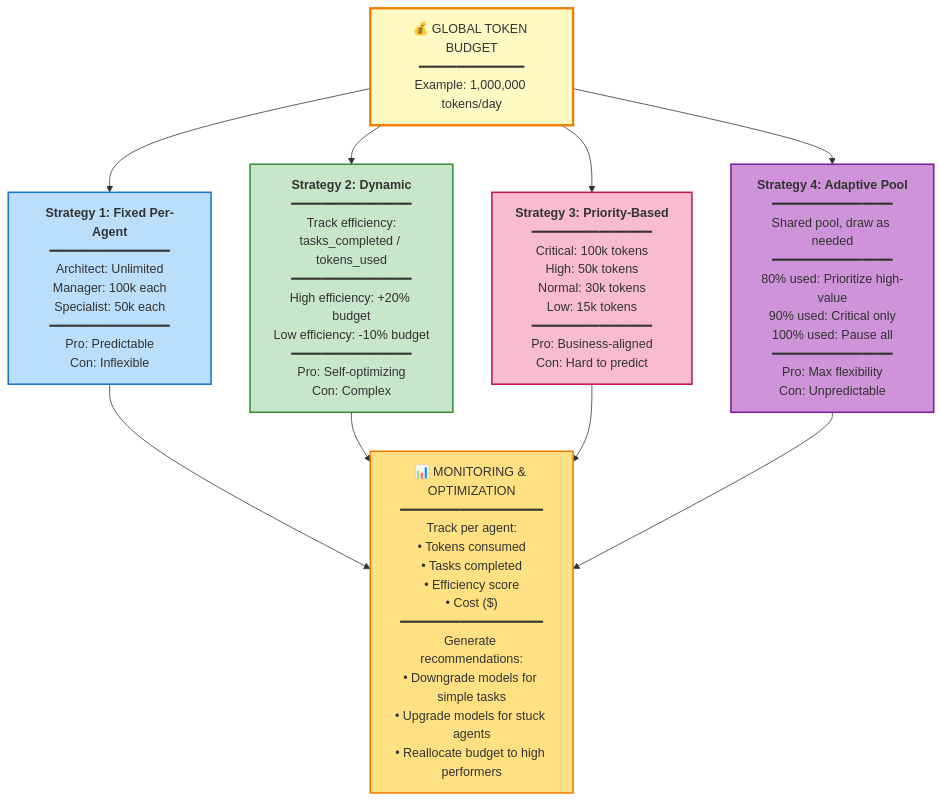
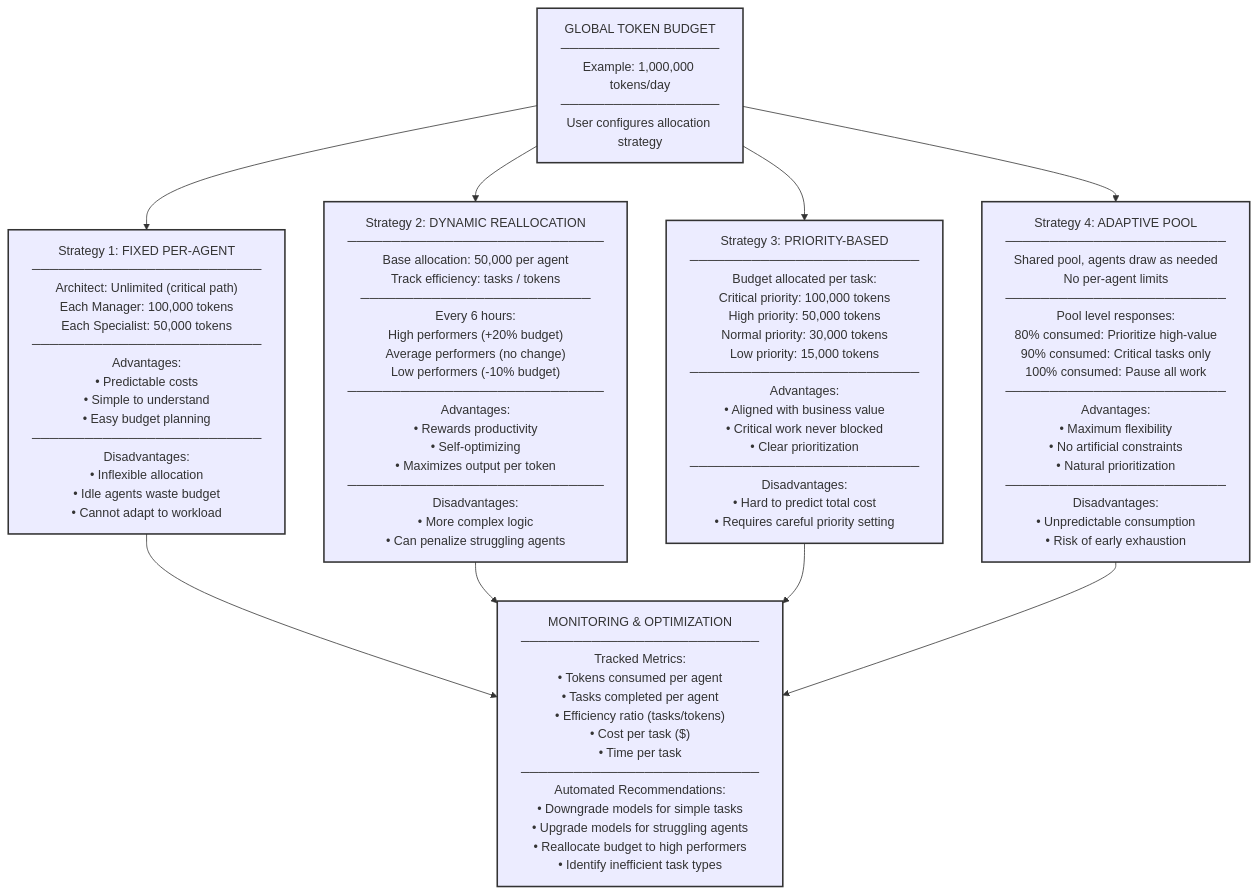
Before and after one commit to MRiARC/ai-coding-harness: the eighth of 10 diagrams in README.md, drawn with Mermaid. The commit also changed other lines of this file, not shown here.

Commit message:
Refactor: Professional B&W diagrams with improved clarity and structure

````diff
--- a/README.md
+++ b/README.md
@@ -353,31 +386,25 @@
 ```mermaid
-graph TD
-    Budget["💰 GLOBAL TOKEN BUDGET<br/>━━━━━━━━━━━━━━<br/>Example: 1,000,000 tokens/day"]
+graph TB
+    Budget["GLOBAL TOKEN BUDGET<br/>──────────────────<br/>Example: 1,000,000 tokens/day<br/>──────────────────<br/>User configures allocation strategy"]
     
-    Strategy1["<b>Strategy 1: Fixed Per-Agent</b><br/>━━━━━━━━━━━━━━━━<br/>Architect: Unlimited<br/>Manager: 100k each<br/>Specialist: 50k each<br/>━━━━━━━━━━━━━━━━<br/>Pro: Predictable<br/>Con: Inflexible"]
+    S1["Strategy 1: FIXED PER-AGENT<br/>──────────────────────────<br/>Architect: Unlimited (critical path)<br/>Each Manager: 100,000 tokens<br/>Each Specialist: 50,000 tokens<br/>──────────────────────────<br/>Advantages:<br/>• Predictable costs<br/>• Simple to understand<br/>• Easy budget planning<br/>──────────────────────────<br/>Disadvantages:<br/>• Inflexible allocation<br/>• Idle agents waste budget<br/>• Cannot adapt to workload"]
     
-    Strategy2["<b>Strategy 2: Dynamic</b><br/>━━━━━━━━━━━━━━━━<br/>Track efficiency:<br/>tasks_completed / tokens_used<br/>━━━━━━━━━━━━━━━━<br/>High efficiency: +20% budget<br/>Low efficiency: -10% budget<br/>━━━━━━━━━━━━━━━━<br/>Pro: Self-optimizing<br/>Con: Complex"]
+    S2["Strategy 2: DYNAMIC REALLOCATION<br/>─────────────────────────────<br/>Base allocation: 50,000 per agent<br/>Track efficiency: tasks / tokens<br/>──────────────────────────<br/>Every 6 hours:<br/>High performers (+20% budget)<br/>Average performers (no change)<br/>Low performers (-10% budget)<br/>─────────────────────────────<br/>Advantages:<br/>• Rewards productivity<br/>• Self-optimizing<br/>• Maximizes output per token<br/>─────────────────────────────<br/>Disadvantages:<br/>• More complex logic<br/>• Can penalize struggling agents"]
     
-    Strategy3["<b>Strategy 3: Priority-Based</b><br/>━━━━━━━━━━━━━━━━<br/>Critical: 100k tokens<br/>High: 50k tokens<br/>Normal: 30k tokens<br/>Low: 15k tokens<br/>━━━━━━━━━━━━━━━━<br/>Pro: Business-aligned<br/>Con: Hard to predict"]
+    S3["Strategy 3: PRIORITY-BASED<br/>──────────────────────────<br/>Budget allocated per task:<br/>Critical priority: 100,000 tokens<br/>High priority: 50,000 tokens<br/>Normal priority: 30,000 tokens<br/>Low priority: 15,000 tokens<br/>──────────────────────────<br/>Advantages:<br/>• Aligned with business value<br/>• Critical work never blocked<br/>• Clear prioritization<br/>──────────────────────────<br/>Disadvantages:<br/>• Hard to predict total cost<br/>• Requires careful priority setting"]
     
-    Strategy4["<b>Strategy 4: Adaptive Pool</b><br/>━━━━━━━━━━━━━━━━<br/>Shared pool, draw as needed<br/>━━━━━━━━━━━━━━━━<br/>80% used: Prioritize high-value<br/>90% used: Critical only<br/>100% used: Pause all<br/>━━━━━━━━━━━━━━━━<br/>Pro: Max flexibility<br/>Con: Unpredictable"]
+    S4["Strategy 4: ADAPTIVE POOL<br/>─────────────────────────<br/>Shared pool, agents draw as needed<br/>No per-agent limits<br/>─────────────────────────<br/>Pool level responses:<br/>80% consumed: Prioritize high-value<br/>90% consumed: Critical tasks only<br/>100% consumed: Pause all work<br/>─────────────────────────<br/>Advantages:<br/>• Maximum flexibility<br/>• No artificial constraints<br/>• Natural prioritization<br/>─────────────────────────<br/>Disadvantages:<br/>• Unpredictable consumption<br/>• Risk of early exhaustion"]
     
-    Monitoring["📊 MONITORING & OPTIMIZATION<br/>━━━━━━━━━━━━━━━━━━━<br/>Track per agent:<br/>• Tokens consumed<br/>• Tasks completed<br/>• Efficiency score<br/>• Cost ($)<br/>━━━━━━━━━━━━━━━━━━━<br/>Generate recommendations:<br/>• Downgrade models for simple tasks<br/>• Upgrade models for stuck agents<br/>• Reallocate budget to high performers"]
+    Monitor["MONITORING & OPTIMIZATION<br/>───────────────────────────<br/>Tracked Metrics:<br/>• Tokens consumed per agent<br/>• Tasks completed per agent<br/>• Efficiency ratio (tasks/tokens)<br/>• Cost per task ($)<br/>• Time per task<br/>───────────────────────────<br/>Automated Recommendations:<br/>• Downgrade models for simple tasks<br/>• Upgrade models for struggling agents<br/>• Reallocate budget to high performers<br/>• Identify inefficient task types"]
     
-    Budget --> Strategy1
-    Budget --> Strategy2
-    Budget --> Strategy3
-    Budget --> Strategy4
+    Budget --> S1
+    Budget --> S2
+    Budget --> S3
+    Budget --> S4
+    S1 --> Monitor
+    S2 --> Monitor
+    S3 --> Monitor
+    S4 --> Monitor
     
-    Strategy1 --> Monitoring
-    Strategy2 --> Monitoring
-    Strategy3 --> Monitoring
-    Strategy4 --> Monitoring
-    
-    style Budget fill:#FFF9C4,stroke:#F57C00,stroke-width:3px
-    style Strategy1 fill:#BBDEFB,stroke:#1976D2,stroke-width:2px
-    style Strategy2 fill:#C8E6C9,stroke:#388E3C,stroke-width:2px
-    style Strategy3 fill:#F8BBD0,stroke:#C2185B,stroke-width:2px
-    style Strategy4 fill:#CE93D8,stroke:#7B1FA2,stroke-width:2px
-    style Monitoring fill:#FFE082,stroke:#F57C00,stroke-width:2px
+    classDef default stroke:#333,stroke-width:2px
 ```
````
